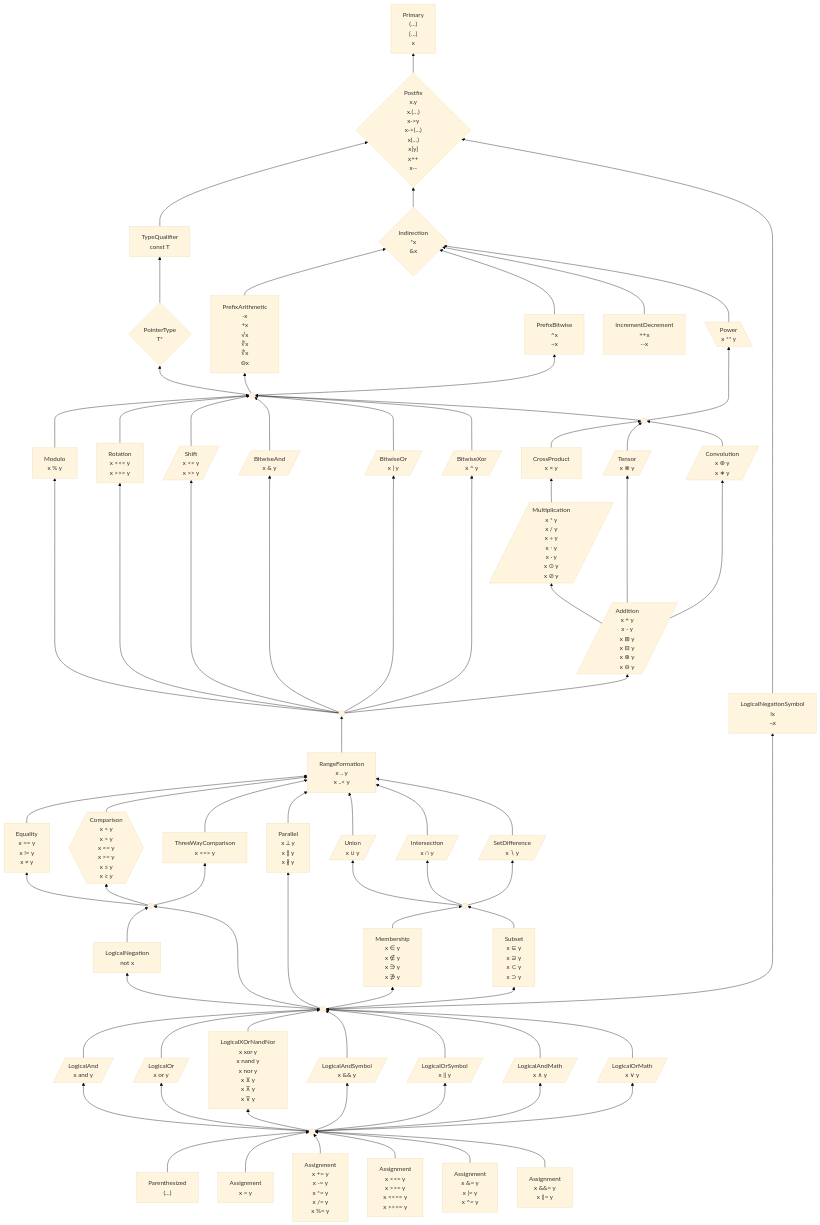
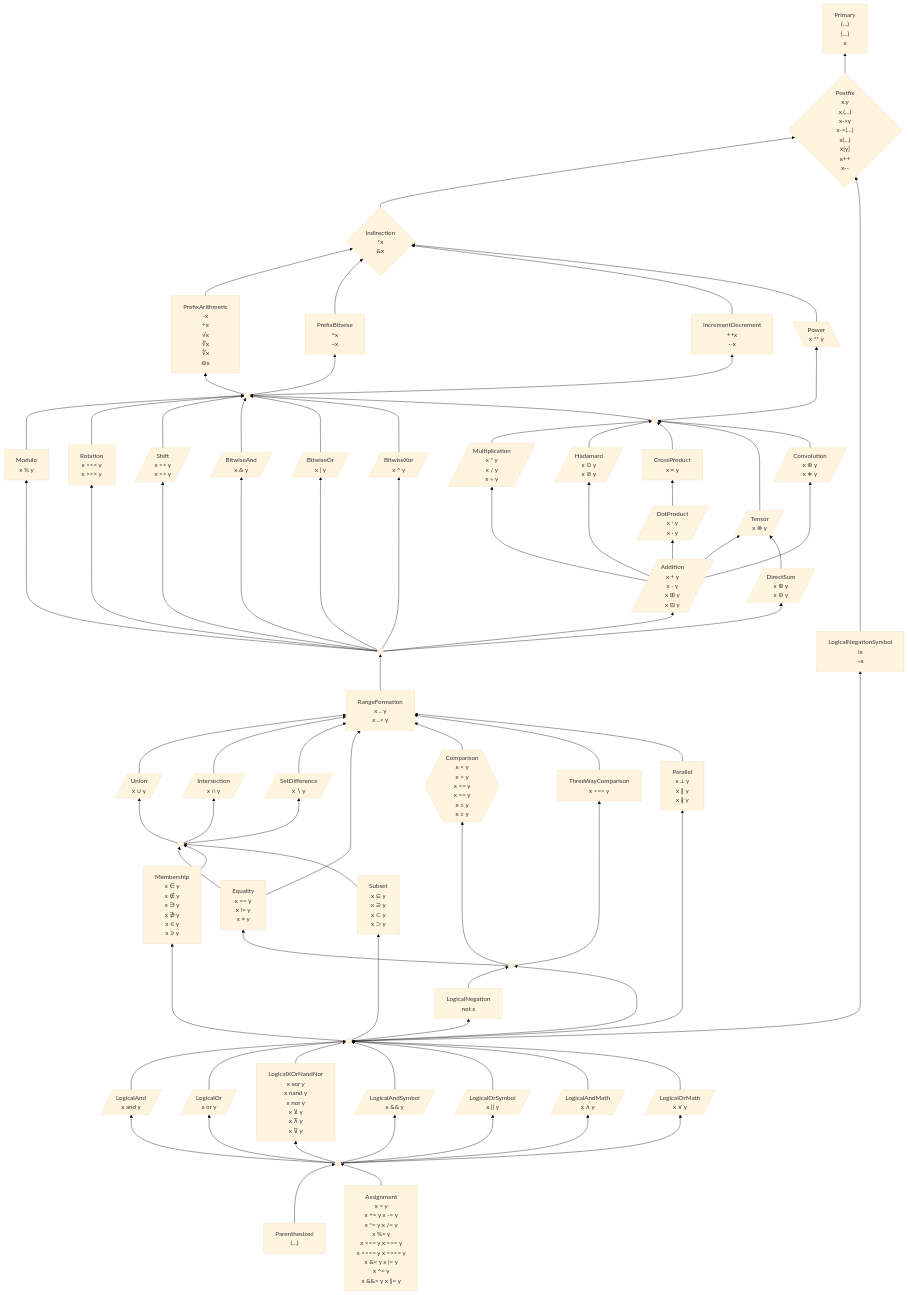
One commit to laro/Cilia changed the first of 3 diagrams in 6 .../2 Unfinished Ideas.md. Above: the diagram before and after it, drawn with Mermaid (base theme). The commit also changed other lines of this file, not shown here.

````diff
--- a/6 .../2 Unfinished Ideas.md
+++ b/6 .../2 Unfinished Ideas.md
@@ -207,14 +207,6 @@
 x[y]
 x++
 x--"}
-
-    qualifiedType --> suffixOps
-    qualifiedType["TypeQualifier
-const T"]
-
-    pointerType --> qualifiedType
-    pointerType{"PointerType
-T*"}
 
     pointer --> suffixOps
     pointer{"Indirection
@@ -236,7 +228,7 @@
 ++x
 --x"]
 
-    unary --> pointerType & prefixArithmetic & complement
+    unary --> prefixArithmetic & complement & incDec
     unary((" "))
 
 
@@ -256,7 +248,7 @@
     bitwiseXor[/"BitwiseXor
 x ^ y"/]
 
-    %% No edge to prefixArithmetic/complement: `-x ** 2` requires parentheses
+    %% No edge to prefixArithmetic/complement/incDec: `-x ** 2` requires parentheses
     power --> pointer
     power[\"Power
 x ** y"\]
@@ -264,19 +256,27 @@
     product --> power & unary
     product((" "))
 
+    %% The product-like groups are unordered relative to each other (`6 / 2 × 3` requires parentheses),
+    %% except `×` tighter than `⋅` (scalar triple product `a ⋅ (b × c)`)
+    multiplication --> product
+    multiplication[/"Multiplication
+x * y
+x / y
+x ÷ y"/]
+
+    hadamard --> product
+    hadamard[/"Hadamard
+x ⊙ y
+x ⊘ y"/]
+
     crossProduct --> product
     crossProduct["CrossProduct
 x × y"]
 
-    multiplication --> crossProduct
-    multiplication[/"Multiplication
-x * y
-x / y
-x ÷ y
+    dotProduct --> crossProduct
+    dotProduct[/"DotProduct
 x ⋅ y
-x ∙ y
-x ⊙ y
-x ⊘ y"/]
+x ∙ y"/]
 
     tensor --> product
     tensor[/"Tensor
@@ -287,16 +287,20 @@
 x ⊛ y
 x ∗ y"/]
 
-    addition --> multiplication & tensor & convolution
+    addition --> multiplication & hadamard & dotProduct & tensor & convolution
     addition[/"Addition
 x + y
 x - y
 x ⊞ y
-x ⊟ y
+x ⊟ y"/]
+
+    %% `⊗` tighter than `⊕` (as in algebra), but `⊕` unordered relative to `+`
+    directSum --> tensor
+    directSum[/"DirectSum
 x ⊕ y
 x ⊖ y"/]
 
-    binaryOps --> modulo & rotate & shift & bitwiseAnd & bitwiseOr & bitwiseXor & addition
+    binaryOps --> modulo & rotate & shift & bitwiseAnd & bitwiseOr & bitwiseXor & addition & directSum
     binaryOps((" "))
 
     %% Ranges bind looser than arithmetic/bitwise, tighter than the relational operators
@@ -305,7 +309,20 @@
 x .. y
 x ..< y"]
 
-    equality & comparison & threeWay & parallel --> range
+    setUnion & setIntersection & setDifference --> range
+    setUnion[/"Union
+x ∪ y"/]
+    setIntersection[/"Intersection
+x ∩ y"/]
+    setDifference[/"SetDifference
+x ∖ y"/]
+
+    setOps --> setUnion & setIntersection & setDifference
+    setOps((" "))
+
+    %% Set equality: `A ∪ B == C` is `(A ∪ B) == C`
+    equality --> range & setOps
+    comparison & threeWay & parallel --> range
     equality["Equality
 x == y
 x != y
@@ -324,23 +341,15 @@
 x ∥ y
 x ∦ y"]
 
-    setUnion & setIntersection & setDifference --> range
-    setUnion[/"Union
-x ∪ y"/]
-    setIntersection[/"Intersection
-x ∩ y"/]
-    setDifference[/"SetDifference
-x ∖ y"/]
-
-    setOps --> setUnion & setIntersection & setDifference
-    setOps((" "))
     membership & subset --> setOps
 
     membership["Membership
 x ∈ y
 x ∉ y
 x ∋ y
-x ∌ y"]
+x ∌ y
+x ∊ y
+x ∍ y"]
     subset["Subset
 x ⊆ y
 x ⊇ y
@@ -400,27 +409,17 @@
     logicalExpression((" "))
 
 
-    insideParens & assignPlain & assignArithmetic & assignShift & assignBitwise & assignLogical --> logicalExpression
+    insideParens & assignment --> logicalExpression
     insideParens["Parenthesized
 (…)"]
-    assignPlain["Assignment
-x = y"]
-    assignArithmetic["Assignment
-x += y
-x -= y
-x *= y
-x /= y
-x %= y"]
-    assignShift["Assignment
-x <<= y
-x >>= y
-x <<<= y
-x >>>= y"]
-    assignBitwise["Assignment
-x &= y
-x |= y
-x ^= y"]
-    assignLogical["Assignment
-x &&= y
-x ||= y"]
+    assignment["Assignment
+x = y
+x += y   x -= y
+x *= y   x /= y
+x %= y
+x <<= y   x >>= y
+x <<<= y   x >>>= y
+x &= y   x |= y
+x ^= y
+x &&= y   x ||= y"]
 ```
````
